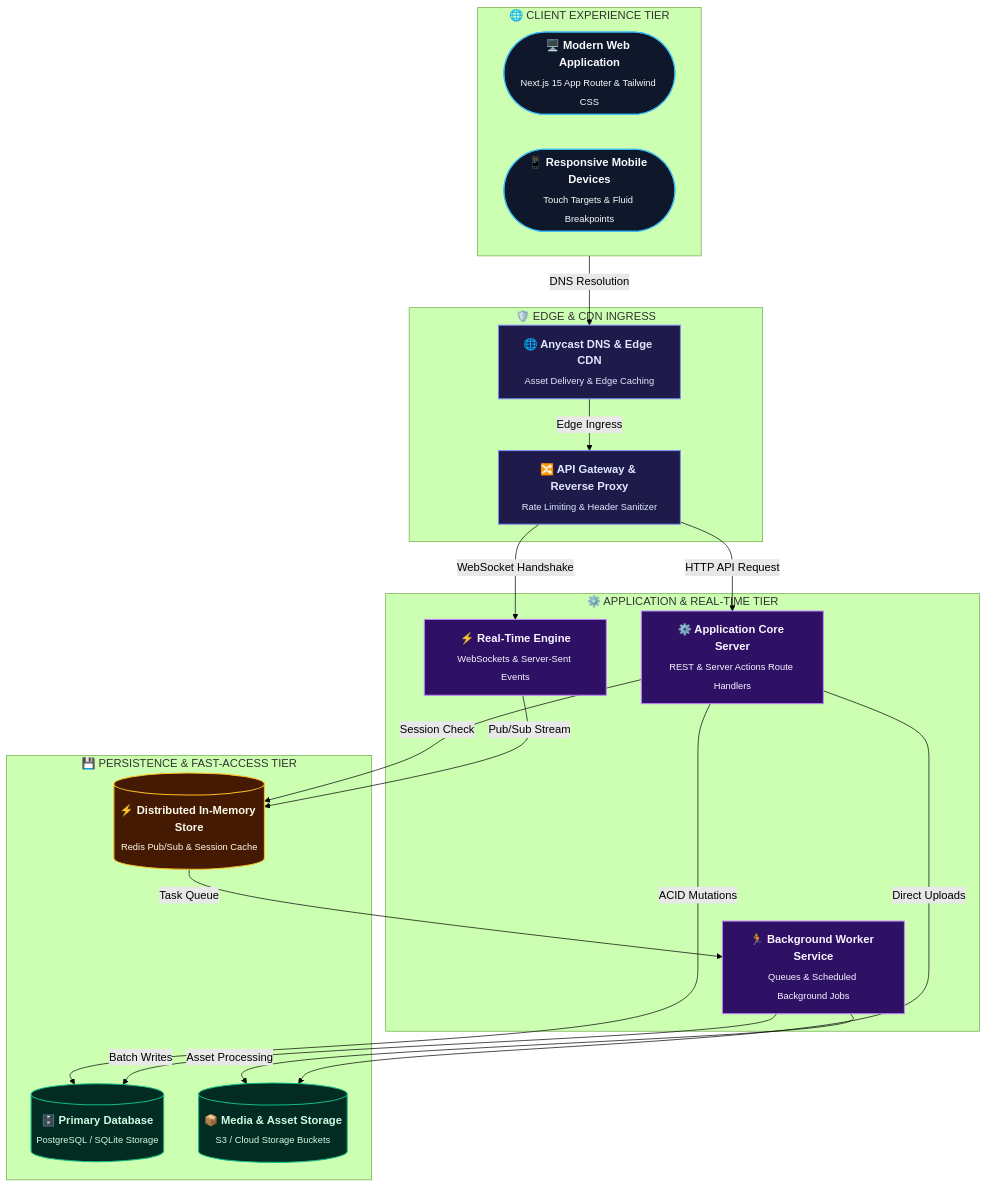
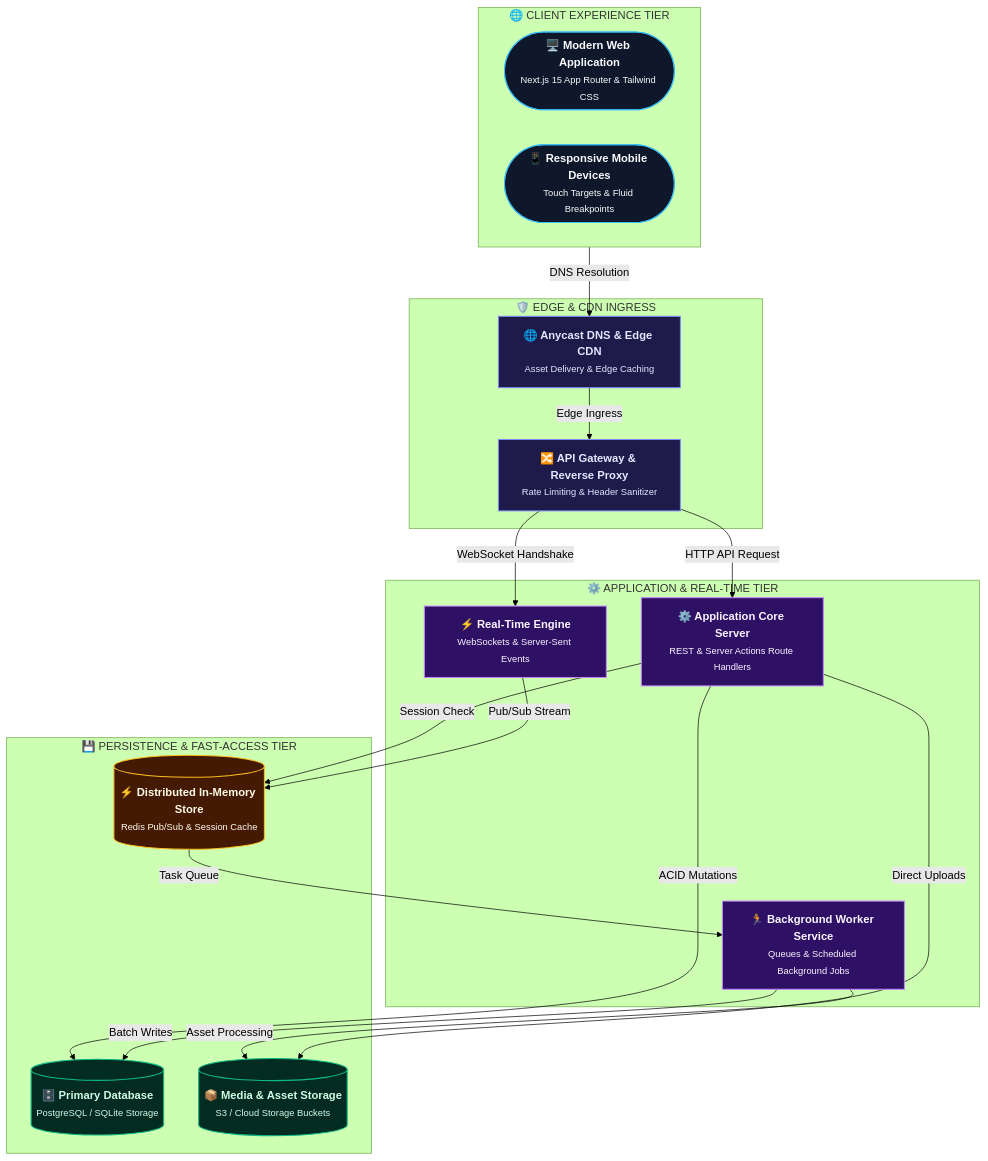
The first of 2 diagrams in Vibe-Coding-Chandan-Adhikary/Vibe-Coding/docs/system-architecture.md (rmsofficialsyt/Agentic-AI-Vibe-Coding-AND-SDD-TDD-Codebase-Chandan-Adhikary), drawn with Mermaid (forest theme) before and after one commit. The commit also changed 27 other files, not shown here.

Commit message:
docs: resolve text overlap and scattering across all diagrams via semantic typography and layout contracts

````diff
--- a/Vibe-Coding-Chandan-Adhikary/Vibe-Coding/docs/system-architecture.md
+++ b/Vibe-Coding-Chandan-Adhikary/Vibe-Coding/docs/system-architecture.md
@@ -23,44 +23,44 @@
 ```mermaid
 flowchart TD
     classDef client fill:#0f172a,stroke:#38bdf8,stroke-width:1.5px,color:#f8fafc;
     classDef edge fill:#1e1b4b,stroke:#818cf8,stroke-width:1.5px,color:#e0e7ff;
     classDef app fill:#2e1065,stroke:#c084fc,stroke-width:1.5px,color:#faf5ff;
     classDef data fill:#022c22,stroke:#10b981,stroke-width:1.5px,color:#d1fae5;
     classDef cache fill:#451a03,stroke:#fbbf24,stroke-width:1.5px,color:#fffbeb;
 
     subgraph Clients ["🌐 CLIENT EXPERIENCE TIER"]
-        Browser(["<b>🖥️ Modern Web Application</b><br/><sub>Next.js 15 App Router & Tailwind CSS</sub>"]):::client
-        MobileClient(["<b>📱 Responsive Mobile Devices</b><br/><sub>Touch Targets & Fluid Breakpoints</sub>"]):::client
+        Browser(["<b>🖥️ Modern Web Application</b><br/><small>Next.js 15 App Router & Tailwind CSS</small>"]):::client
+        MobileClient(["<b>📱 Responsive Mobile Devices</b><br/><small>Touch Targets & Fluid Breakpoints</small>"]):::client
     end
 
     subgraph EdgeTier ["🛡️ EDGE & CDN INGRESS"]
-        EdgeDNS["<b>🌐 Anycast DNS & Edge CDN</b><br/><sub>Asset Delivery & Edge Caching</sub>"]:::edge
-        APIGateway["<b>🔀 API Gateway & Reverse Proxy</b><br/><sub>Rate Limiting & Header Sanitizer</sub>"]:::edge
+        EdgeDNS["<b>🌐 Anycast DNS & Edge CDN</b><br/><small>Asset Delivery & Edge Caching</small>"]:::edge
+        APIGateway["<b>🔀 API Gateway & Reverse Proxy</b><br/><small>Rate Limiting & Header Sanitizer</small>"]:::edge
     end
 
     subgraph AppTier ["⚙️ APPLICATION & REAL-TIME TIER"]
-        WebServer["<b>⚙️ Application Core Server</b><br/><sub>REST & Server Actions Route Handlers</sub>"]:::app
-        SocketServer["<b>⚡ Real-Time Engine</b><br/><sub>WebSockets & Server-Sent Events</sub>"]:::app
-        AsyncWorker["<b>🏃 Background Worker Service</b><br/><sub>Queues & Scheduled Background Jobs</sub>"]:::app
+        WebServer["<b>⚙️ Application Core Server</b><br/><small>REST & Server Actions Route Handlers</small>"]:::app
+        SocketServer["<b>⚡ Real-Time Engine</b><br/><small>WebSockets & Server-Sent Events</small>"]:::app
+        AsyncWorker["<b>🏃 Background Worker Service</b><br/><small>Queues & Scheduled Background Jobs</small>"]:::app
     end
 
     subgraph DataTier ["💾 PERSISTENCE & FAST-ACCESS TIER"]
-        PrimaryDB[("<b>🗄️ Primary Database</b><br/><sub>PostgreSQL / SQLite Storage</sub>")]:::data
-        RedisStore[("<b>⚡ Distributed In-Memory Store</b><br/><sub>Redis Pub/Sub & Session Cache</sub>")]:::cache
-        BlobStorage[("<b>📦 Media & Asset Storage</b><br/><sub>S3 / Cloud Storage Buckets</sub>")]:::data
+        PrimaryDB[("<b>🗄️ Primary Database</b><br/><small>PostgreSQL / SQLite Storage</small>")]:::data
+        RedisStore[("<b>⚡ Distributed In-Memory Store</b><br/><small>Redis Pub/Sub & Session Cache</small>")]:::cache
+        BlobStorage[("<b>📦 Media & Asset Storage</b><br/><small>S3 / Cloud Storage Buckets</small>")]:::data
     end
 
     Clients -->|"DNS Resolution"| EdgeDNS
     EdgeDNS -->|"Edge Ingress"| APIGateway
     APIGateway -->|"HTTP API Request"| WebServer
     APIGateway -->|"WebSocket Handshake"| SocketServer
 
     WebServer -->|"ACID Mutations"| PrimaryDB
     WebServer -->|"Session Check"| RedisStore
     SocketServer -->|"Pub/Sub Stream"| RedisStore
 
     RedisStore -->|"Task Queue"| AsyncWorker
     AsyncWorker -->|"Batch Writes"| PrimaryDB
     AsyncWorker -->|"Asset Processing"| BlobStorage
     WebServer -->|"Direct Uploads"| BlobStorage
 ```
````
